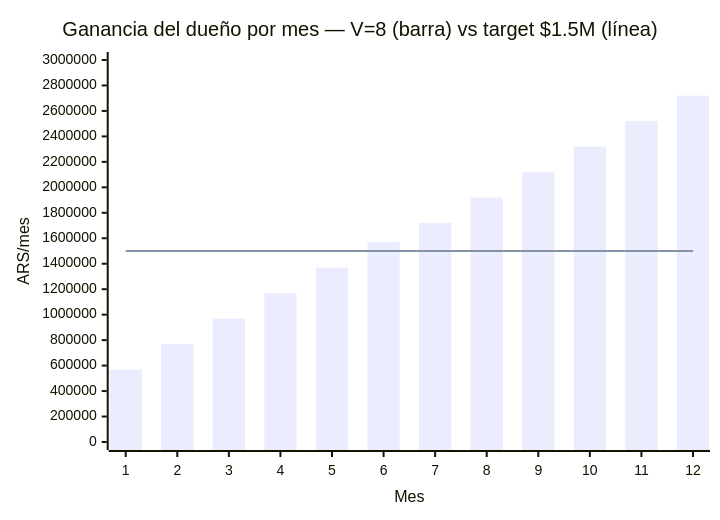
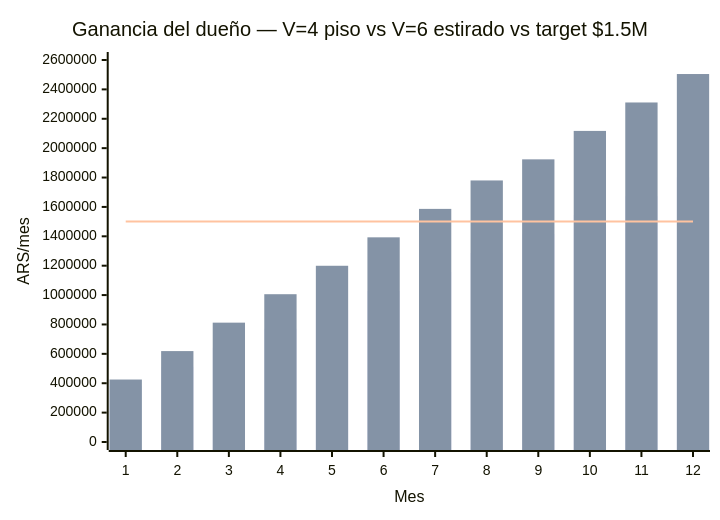
The first of 3 diagrams in vinotecas/lsp-vendedor.md (dantofema/comercial), drawn with Mermaid before and after one commit. The commit also changed other lines of this file, not shown here.

Commit message:
docs(vinotecas): comision escalonada 3 tiers (fijo 200k) y piso dueno

````diff
--- a/vinotecas/lsp-vendedor.md
+++ b/vinotecas/lsp-vendedor.md
@@ -124,8 +181,9 @@
 ```mermaid
 xychart-beta
-    title "Ganancia del dueño por mes — V=8 (barra) vs target $1.5M (línea)"
+    title "Ganancia del dueño — V=4 piso vs V=6 estirado vs target $1.5M"
     x-axis "Mes" [1,2,3,4,5,6,7,8,9,10,11,12]
-    y-axis "ARS/mes" 0 --> 3000000
-    bar [568900,769000,969100,1169200,1369300,1569400,1719500,1919600,2119700,2319800,2519900,2720000]
+    y-axis "ARS/mes" 0 --> 2600000
+    bar [383450,512500,641550,770600,899650,1028700,1157750,1286800,1415850,1544900,1673950,1803000]
+    bar [425175,618750,812325,1005900,1199475,1393050,1586625,1780200,1923775,2117350,2310925,2504500]
     line [1500000,1500000,1500000,1500000,1500000,1500000,1500000,1500000,1500000,1500000,1500000,1500000]
 ```
````
